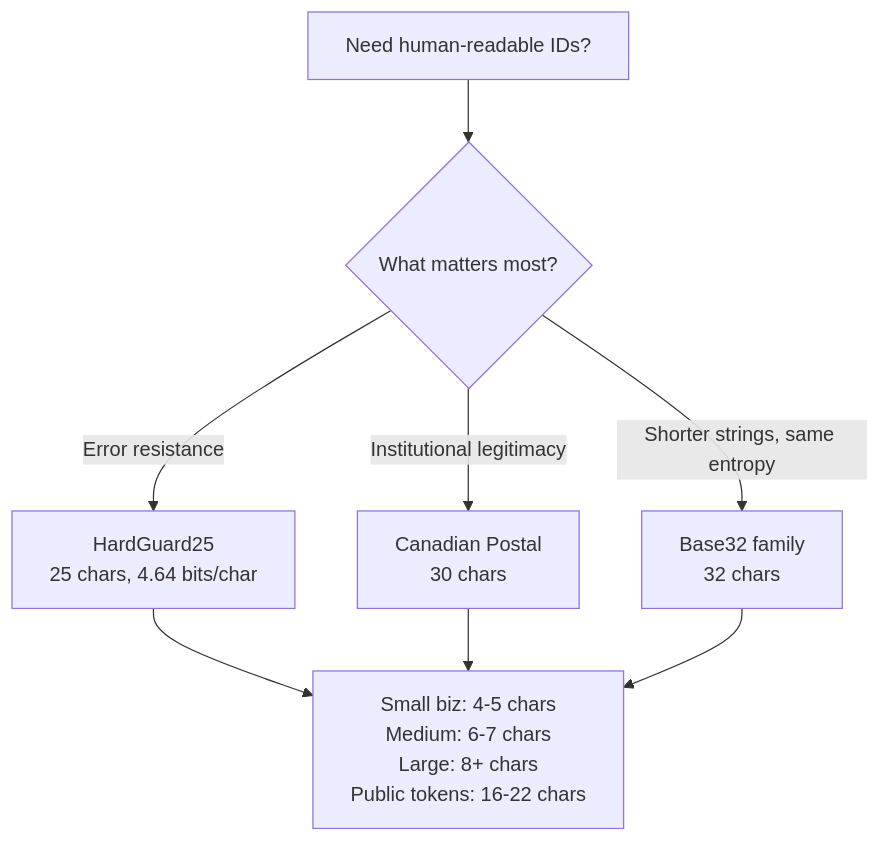
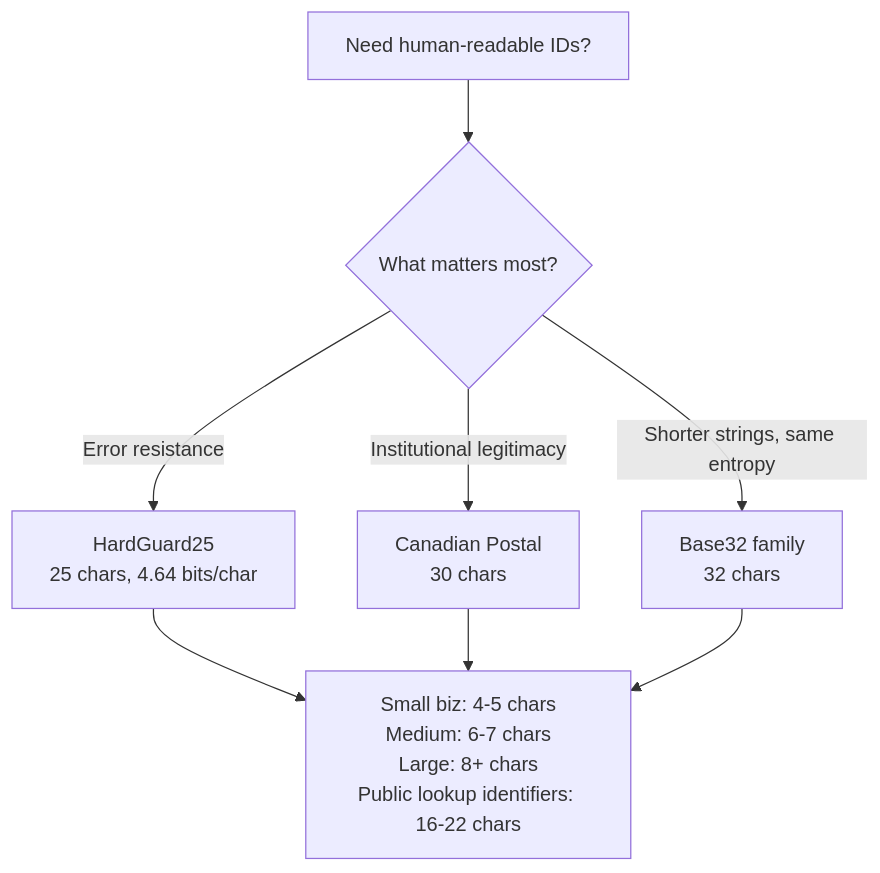
Before and after one commit to snapsynapse/hardguard25: the diagram in SPEC.md, drawn with Mermaid. The commit also changed other lines of this file and 44 other files, not shown here.

````diff
--- a/SPEC.md
+++ b/SPEC.md
@@ -209,10 +212,10 @@
 ```mermaid
 flowchart TD
     A[Need human-readable IDs?] --> B{What matters most?}
     B -->|Error resistance| C[HardGuard25\n25 chars, 4.64 bits/char]
     B -->|Institutional legitimacy| D[Canadian Postal\n30 chars]
     B -->|Shorter strings, same entropy| E[Base32 family\n32 chars]
-    C --> F[Small biz: 4-5 chars\nMedium: 6-7 chars\nLarge: 8+ chars\nPublic tokens: 16-22 chars]
+    C --> F[Small biz: 4-5 chars\nMedium: 6-7 chars\nLarge: 8+ chars\nPublic lookup identifiers: 16-22 chars]
     D --> F
     E --> F
 ```
````
